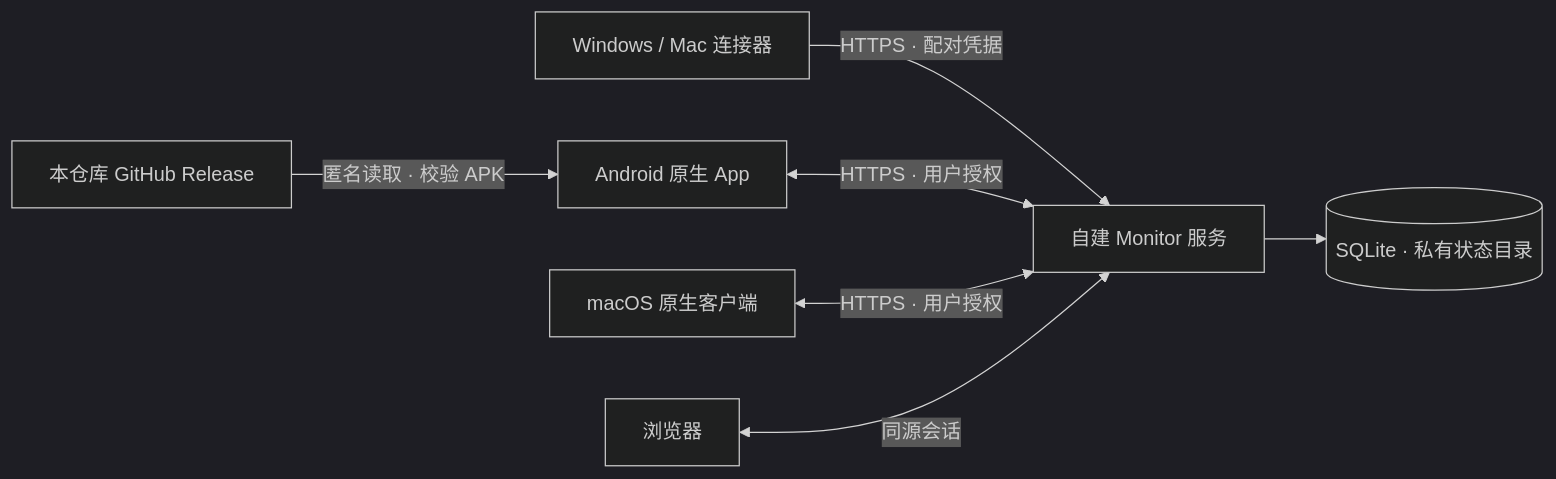
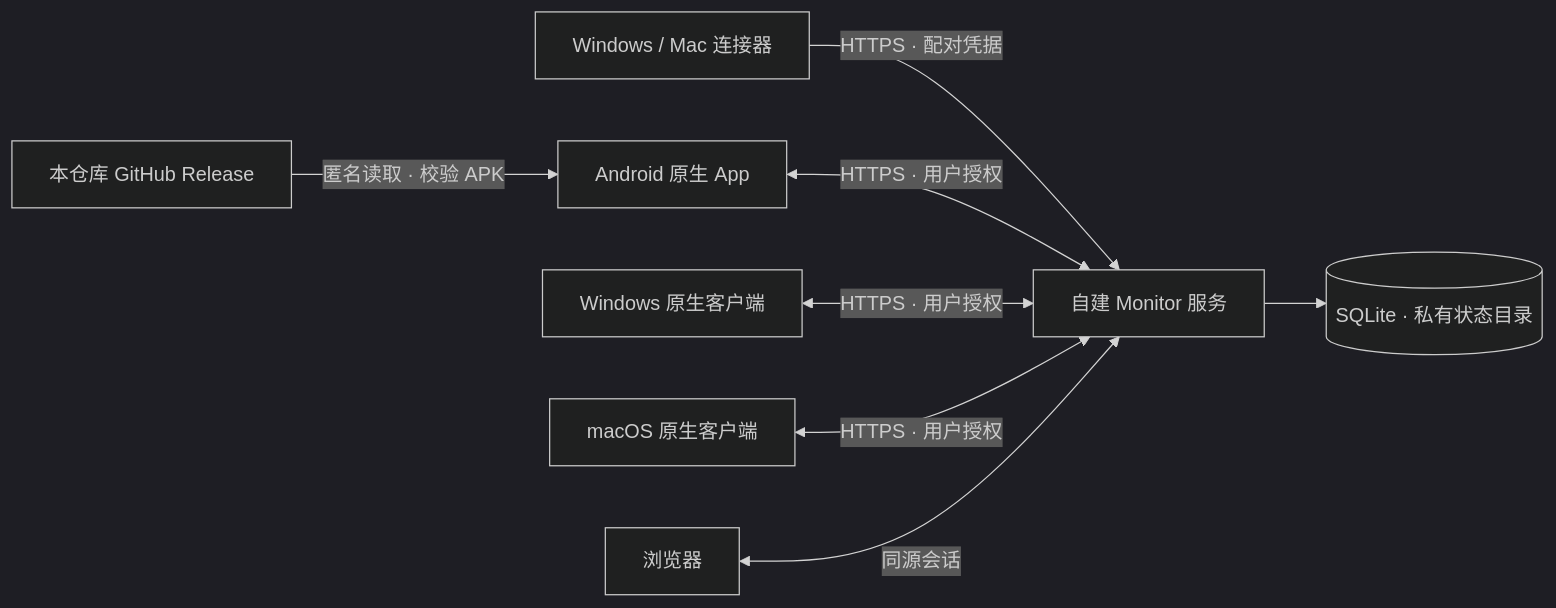
Before and after one commit to Makabaka-zxh/agent-monitor: the diagram in README.md, drawn with Mermaid (dark theme). The commit also changed other lines of this file and 43 other files, not shown here.

````diff
--- a/README.md
+++ b/README.md
@@ -24,9 +25,10 @@
 ```mermaid
 flowchart LR
   A[Windows / Mac 连接器] -->|HTTPS · 配对凭据| H[自建 Monitor 服务]
   H --> D[(SQLite · 私有状态目录)]
   P[Android 原生 App] <-->|HTTPS · 用户授权| H
+  K[Windows 原生客户端] <-->|HTTPS · 用户授权| H
   M[macOS 原生客户端] <-->|HTTPS · 用户授权| H
   W[浏览器] <-->|同源会话| H
   G[本仓库 GitHub Release] -->|匿名读取 · 校验 APK| P
 ```
````
